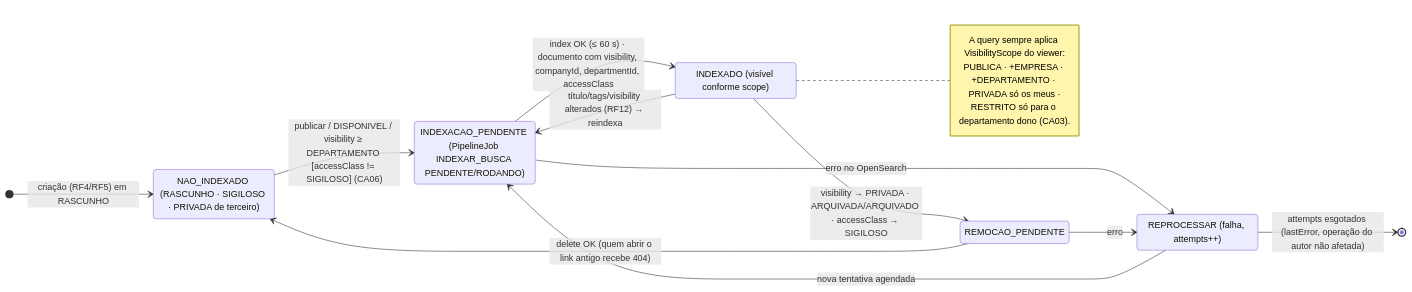
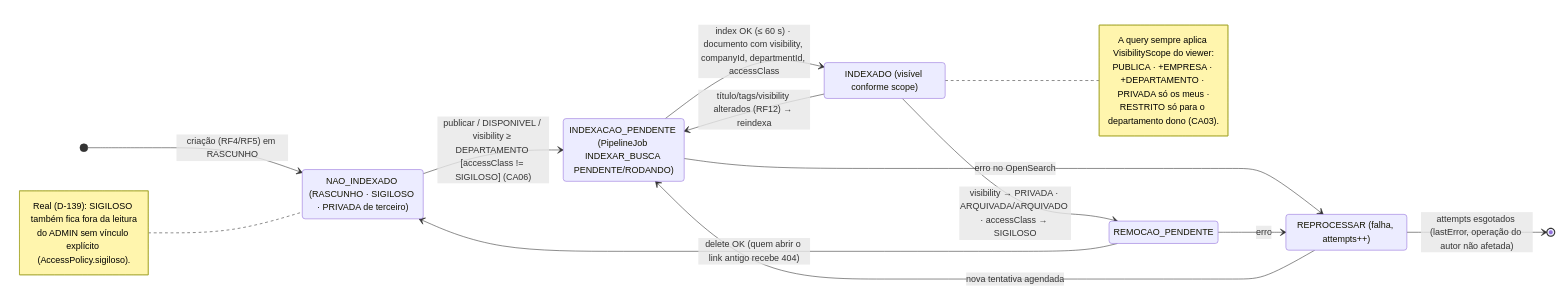
Before and after one commit to MatheusHaliski/Decia-app-2026: the fourth of 5 diagrams in docs/diagramas/RF17/README.md, drawn with Mermaid. The commit also changed other lines of this file and 6 other files, not shown here.

First line of the commit message:
docs(diagramas): RF2, RF6, RF14–RF17 com sessão e perfil reais

````diff
--- a/docs/diagramas/RF17/README.md
+++ b/docs/diagramas/RF17/README.md
@@ -373,25 +423,29 @@
 ```mermaid
 stateDiagram-v2
   direction LR
   state "NAO_INDEXADO (RASCUNHO · SIGILOSO · PRIVADA de terceiro)" as NAO
   state "INDEXACAO_PENDENTE (PipelineJob INDEXAR_BUSCA PENDENTE/RODANDO)" as PEN
   state "INDEXADO (visível conforme scope)" as IDX
   state "REMOCAO_PENDENTE" as REMP
   state "REPROCESSAR (falha, attempts++)" as REP
 
   [*] --> NAO : criação (RF4/RF5) em RASCUNHO
   NAO --> PEN : publicar / DISPONIVEL / visibility ≥ DEPARTAMENTO [accessClass != SIGILOSO] (CA06)
   PEN --> IDX : index OK (≤ 60 s) · documento com visibility, companyId, departmentId, accessClass
   PEN --> REP : erro no OpenSearch
   REP --> PEN : nova tentativa agendada
   REP --> [*] : attempts esgotados (lastError, operação do autor não afetada)
   IDX --> PEN : título/tags/visibility alterados (RF12) → reindexa
   IDX --> REMP : visibility → PRIVADA · ARQUIVADA/ARQUIVADO · accessClass → SIGILOSO
   REMP --> NAO : delete OK (quem abrir o link antigo recebe 404)
   REMP --> REP : erro
+  note left of NAO
+    Real (D-139): SIGILOSO também fica fora da leitura
+    do ADMIN sem vínculo explícito (AccessPolicy.sigiloso).
+  end note
   note right of IDX
     A query sempre aplica VisibilityScope do viewer:
     PUBLICA · +EMPRESA · +DEPARTAMENTO · PRIVADA só os meus ·
     RESTRITO só para o departamento dono (CA03).
   end note
 ```
````
